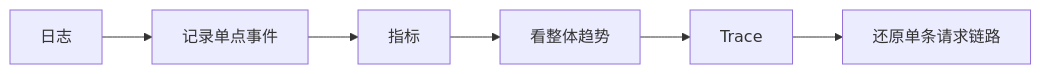
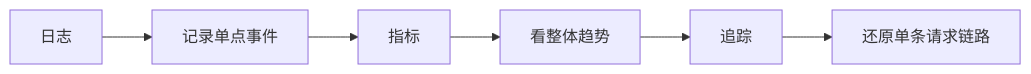
The diagram in i18n/zh-Hans/docusaurus-plugin-content-docs/current/ch08-rag/ch04-engineering/03-logging-monitoring.md (oudbiao/AI-fullstack-course), drawn with Mermaid before and after one commit. The commit also changed other lines of this file and 252 other files, not shown here.

````diff
--- a/i18n/zh-Hans/docusaurus-plugin-content-docs/current/ch08-rag/ch04-engineering/03-logging-monitoring.md
+++ b/i18n/zh-Hans/docusaurus-plugin-content-docs/current/ch08-rag/ch04-engineering/03-logging-monitoring.md
@@ -47,8 +47,8 @@
 ```mermaid
 flowchart LR
     A["日志"] --> B["记录单点事件"]
     B --> C["指标"]
     C --> D["看整体趋势"]
-    D --> E["Trace"]
+    D --> E["追踪"]
     E --> F["还原单条请求链路"]
 ```
````
